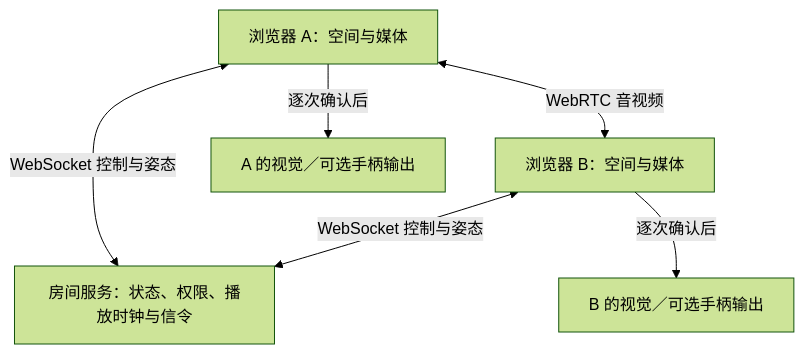
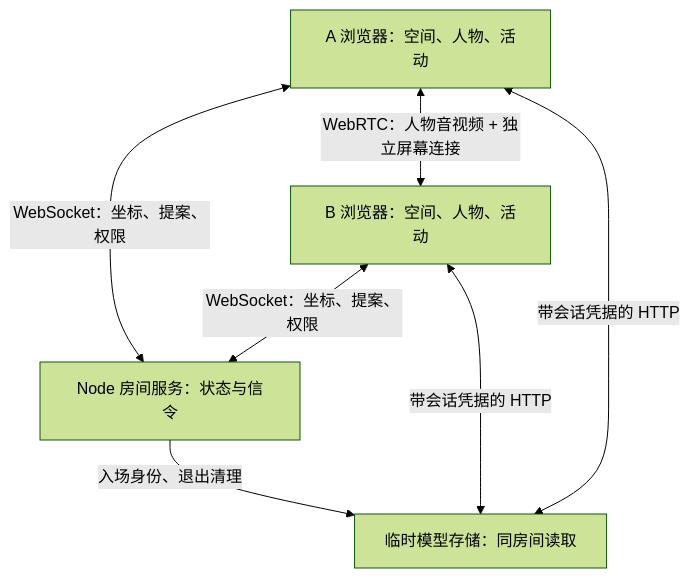
The diagram in docs/ARCHITECTURE.md (lucinwen/Rove), drawn with Mermaid (forest theme) before and after one commit. The commit also changed other lines of this file and 29 other files, not shown here.

````diff
--- a/docs/ARCHITECTURE.md
+++ b/docs/ARCHITECTURE.md
@@ -33,13 +11,13 @@
 ```mermaid
 flowchart TB
-  Server["房间服务：状态、权限、播放时钟与信令"]
-  A["浏览器 A：空间与媒体"]
-  B["浏览器 B：空间与媒体"]
-  HA["A 的视觉／可选手柄输出"]
-  HB["B 的视觉／可选手柄输出"]
-  A <-->|"WebSocket 控制与姿态"| Server
-  B <-->|"WebSocket 控制与姿态"| Server
-  A <-->|"WebRTC 音视频"| B
-  A -->|"逐次确认后"| HA
-  B -->|"逐次确认后"| HB
+  A["A 浏览器：空间、人物、活动"]
+  B["B 浏览器：空间、人物、活动"]
+  S["Node 房间服务：状态与信令"]
+  M["临时模型存储：同房间读取"]
+  A <-->|"WebSocket：坐标、提案、权限"| S
+  B <-->|"WebSocket：坐标、提案、权限"| S
+  A <-->|"WebRTC：人物音视频 + 独立屏幕连接"| B
+  A <-->|"带会话凭据的 HTTP"| M
+  B <-->|"带会话凭据的 HTTP"| M
+  S -->|"入场身份、退出清理"| M
 ```
````
